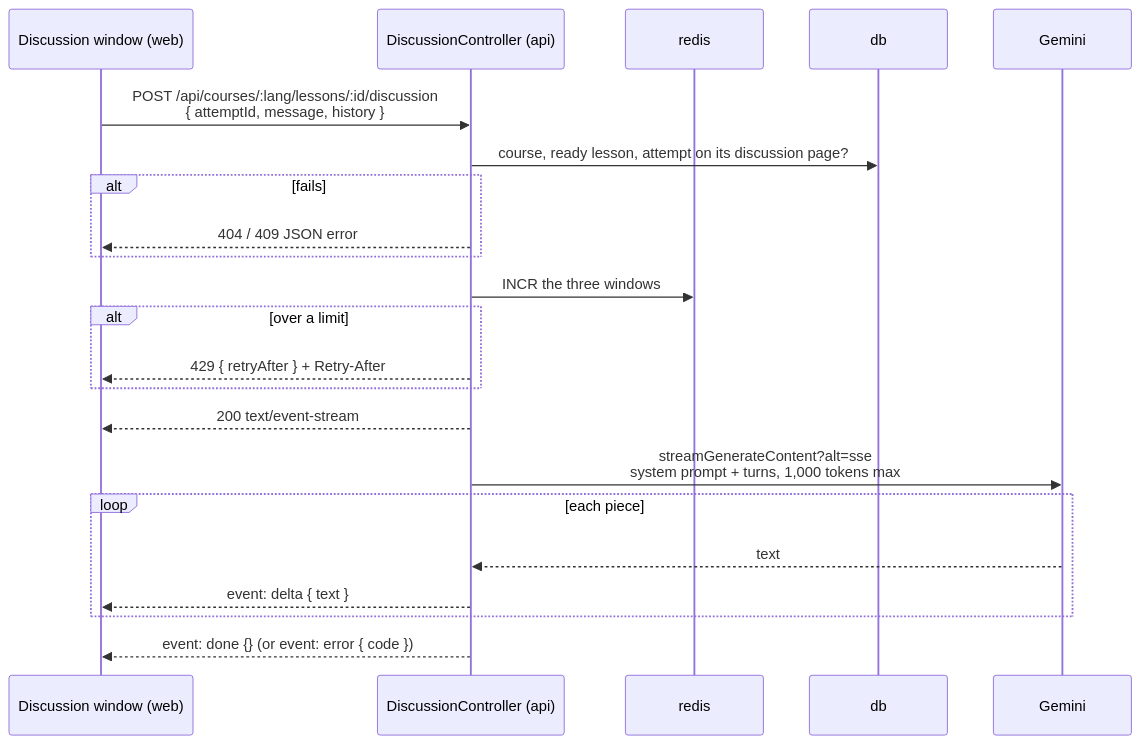
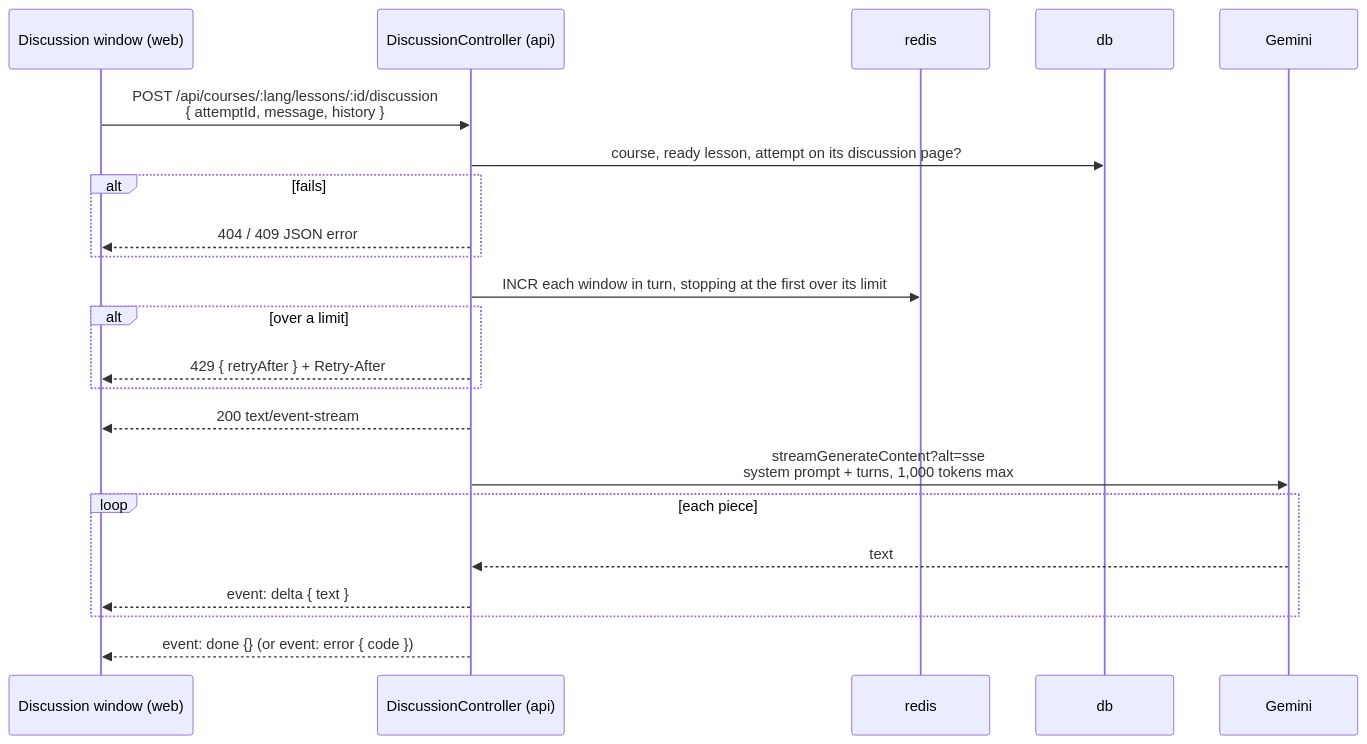
One commit to VictorBro/ft_transcendence changed the second of 4 diagrams in docs/PRODUCT_ARCHITECTURE.md. Above: the diagram before and after it, drawn with Mermaid. The commit also changed other lines of this file and 7 other files, not shown here.

````diff
--- a/docs/PRODUCT_ARCHITECTURE.md
+++ b/docs/PRODUCT_ARCHITECTURE.md
@@ -506,25 +511,25 @@
 ```mermaid
 sequenceDiagram
     participant W as Discussion window (web)
     participant A as DiscussionController (api)
     participant R as redis
     participant P as db
     participant G as Gemini
 
     W->>A: POST /api/courses/:lang/lessons/:id/discussion<br/>{ attemptId, message, history }
     A->>P: course, ready lesson, attempt on its discussion page?
     alt fails
         A-->>W: 404 / 409 JSON error
     end
-    A->>R: INCR the three windows
+    A->>R: INCR each window in turn, stopping at the first over its limit
     alt over a limit
         A-->>W: 429 { retryAfter } + Retry-After
     end
     A-->>W: 200 text/event-stream
     A->>G: streamGenerateContent?alt=sse<br/>system prompt + turns, 1,000 tokens max
     loop each piece
         G-->>A: text
         A-->>W: event: delta { text }
     end
     A-->>W: event: done {} (or event: error { code })
 ```
````
